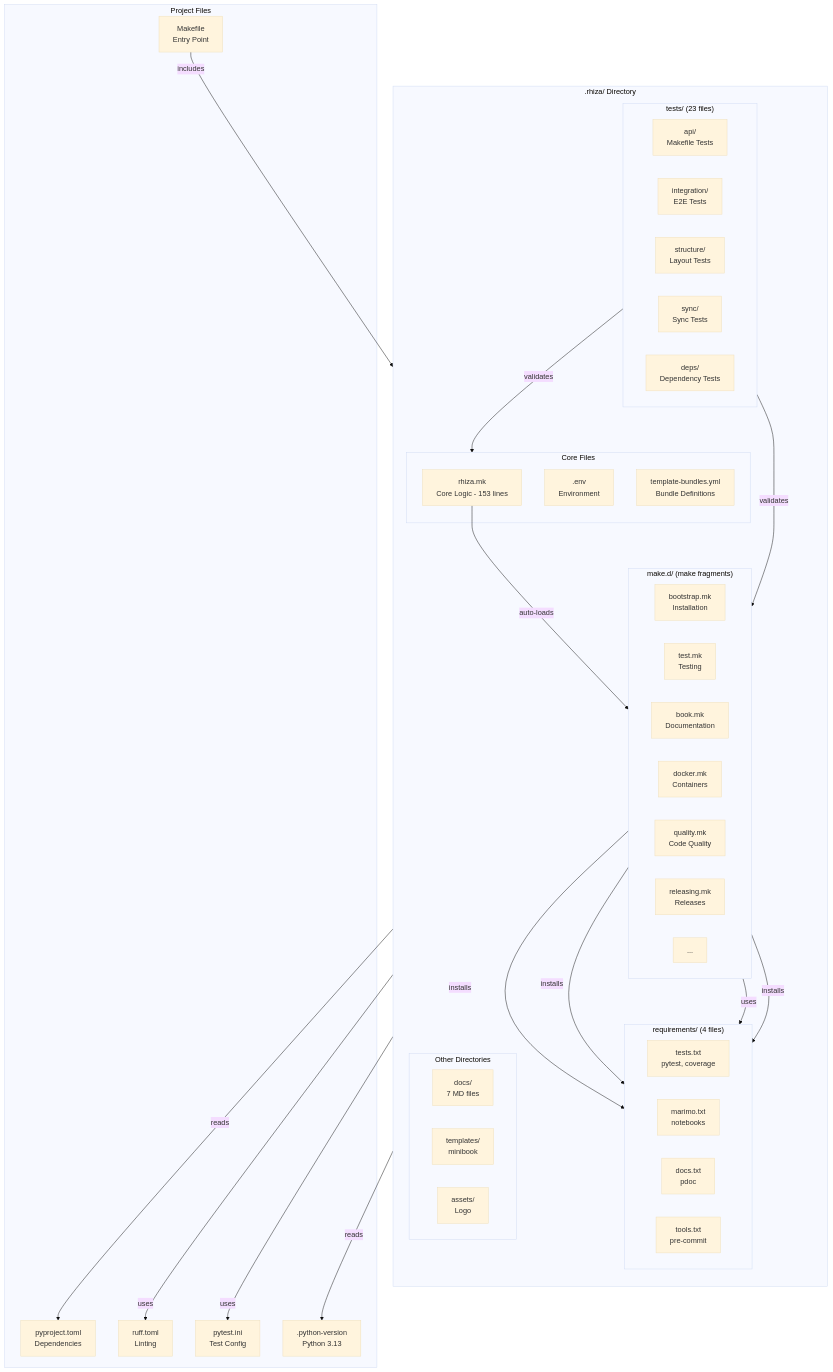
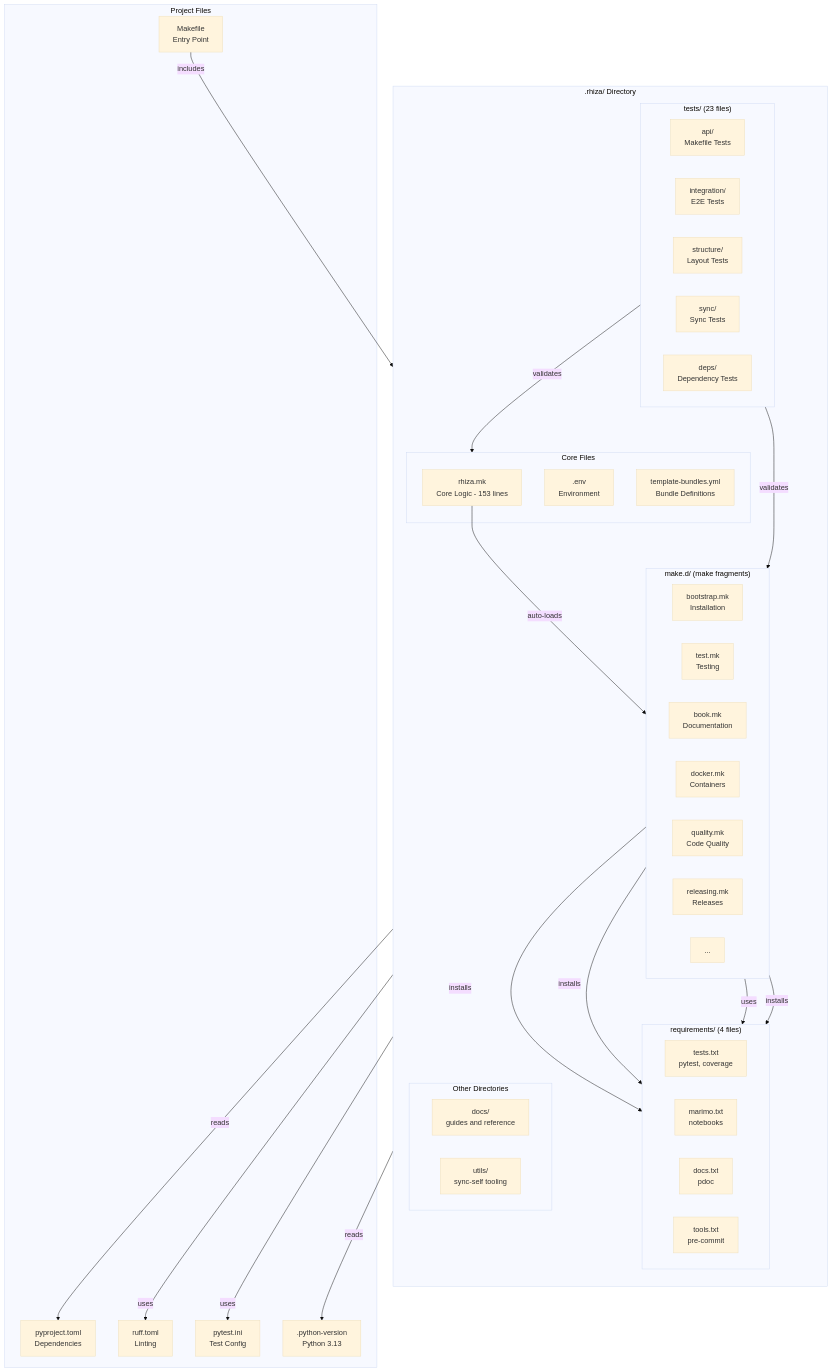
The seventh of 9 diagrams in docs/reference/ARCHITECTURE.md (Jebel-Quant/rhiza), drawn with Mermaid (base theme) before and after one commit. The commit also changed other lines of this file and 20 other files, not shown here.

````diff
--- a/docs/reference/ARCHITECTURE.md
+++ b/docs/reference/ARCHITECTURE.md
@@ -212,68 +209,67 @@
 ```mermaid
 flowchart TB
     subgraph rhiza[".rhiza/ Directory"]
         direction TB
         
         subgraph core["Core Files"]
             rhizamk[rhiza.mk<br/>Core Logic - 153 lines]
             env[.env<br/>Environment]
             bundles[template-bundles.yml<br/>Bundle Definitions]
         end
         
         subgraph maked["make.d/ (make fragments)"]
             direction LR
             bootstrap[bootstrap.mk<br/>Installation]
             test[test.mk<br/>Testing]
             book_mk[book.mk<br/>Documentation]
             docker_mk[docker.mk<br/>Containers]
             quality[quality.mk<br/>Code Quality]
             releasing[releasing.mk<br/>Releases]
             more[...]
         end
         
         subgraph requirements["requirements/ (4 files)"]
             direction LR
             tests_txt[tests.txt<br/>pytest, coverage]
             marimo_txt[marimo.txt<br/>notebooks]
             docs_txt[docs.txt<br/>pdoc]
             tools_txt[tools.txt<br/>pre-commit]
         end
         
         subgraph tests_dir["tests/ (23 files)"]
             direction LR
             api[api/<br/>Makefile Tests]
             integration[integration/<br/>E2E Tests]
             structure[structure/<br/>Layout Tests]
             sync[sync/<br/>Sync Tests]
             deps[deps/<br/>Dependency Tests]
         end
         
         subgraph other["Other Directories"]
             direction LR
-            docs_dir[docs/<br/>7 MD files]
-            templates_dir[templates/<br/>minibook]
-            assets_dir[assets/<br/>Logo]
+            docs_dir[docs/<br/>guides and reference]
+            utils_dir[utils/<br/>sync-self tooling]
         end
     end
     
     subgraph project["Project Files"]
         Makefile[Makefile<br/>Entry Point]
         pyproject[pyproject.toml<br/>Dependencies]
         ruff_toml[ruff.toml<br/>Linting]
         pytest_ini[pytest.ini<br/>Test Config]
         python_version[.python-version<br/>Python 3.13]
     end
     
     Makefile -->|includes| rhizamk
     rhizamk -->|auto-loads| maked
     maked -->|reads| pyproject
     maked -->|reads| python_version
     test -->|uses| pytest_ini
     test -->|installs| tests_txt
     book_mk -->|installs| docs_txt
     book_mk -->|uses| marimo_txt
     quality -->|uses| ruff_toml
     bootstrap -->|installs| tools_txt
     tests_dir -->|validates| core
     tests_dir -->|validates| maked
 ```
````
